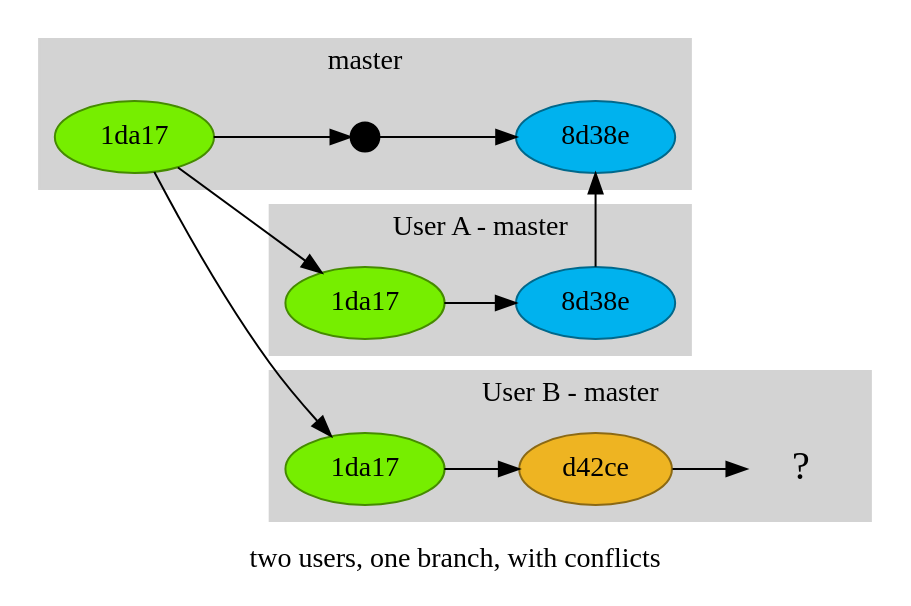
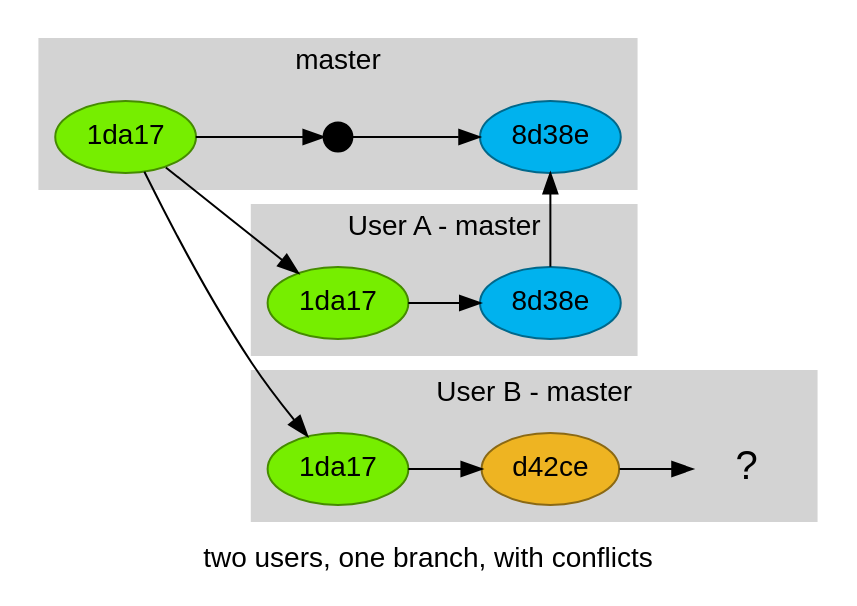
One commit to 13rac1/talk-git2 changed the diagram in graphs/incorrect-with-conflict1.dot. Above: the diagram before and after it, drawn with Graphviz. The commit also changed 3 other files, not shown here.

Commit message:
Change graphs to sans-serif fonts

```diff
--- a/graphs/incorrect-with-conflict1.dot
+++ b/graphs/incorrect-with-conflict1.dot
@@ -1,36 +1,39 @@
 digraph git {
 	rankdir=LR
+	graph [fontname="helvetica, sans"];
+	node [fontname="helvetica, sans"];
+	edge [fontname="helvetica, sans"];
 	label="two users, one branch, with conflicts"
 	node [style=filled]
 
 	subgraph cluster_master {
 		label = "master"
 		style=filled
 		color=lightgrey
 
 		m0 -> m1 -> m2
 		m0 [label="1da17", color=chartreuse4, fillcolor=chartreuse2]
 		m1 [shape=point, height=.2, width=.2]
 		m2 [label="8d38e", color=deepskyblue4, fillcolor=deepskyblue2]
 	}
 	subgraph cluster_0 {
 		label="User A - master"
 		style=filled
 		color=lightgrey
 
 		a0 [label="1da17", color=chartreuse4, fillcolor=chartreuse2]
 		a1 [label="8d38e", color=deepskyblue4, fillcolor=deepskyblue2]
 		m0 -> a0 -> a1 -> m2
 
 	}
 	subgraph cluster_1 {
 		label="User B - master"
 		style=filled
 		color=lightgrey
 		b0 [label="1da17", color=chartreuse4, fillcolor=chartreuse2]
 		b1 [label="d42ce", color=goldenrod4, fillcolor=goldenrod2]
 		b2 [label="?", shape=none, fontsize=20]
 
 		m0 -> b0 -> b1 -> b2
 	}
 }
```
